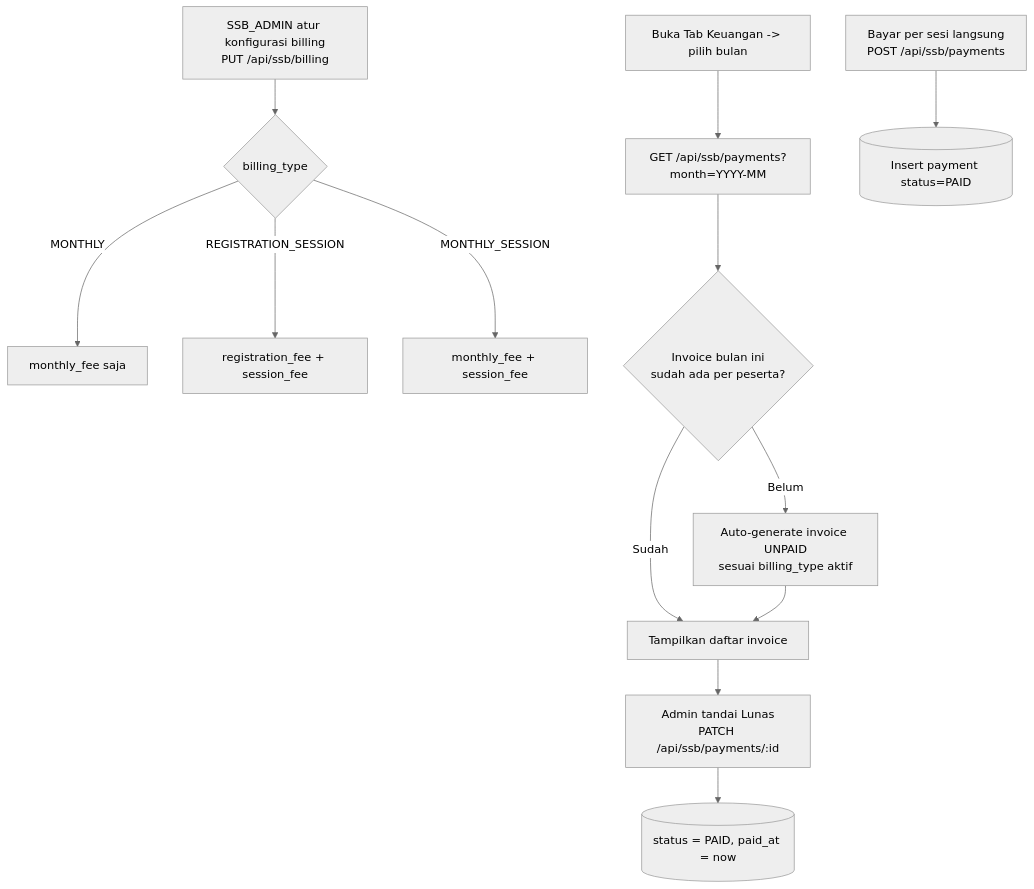
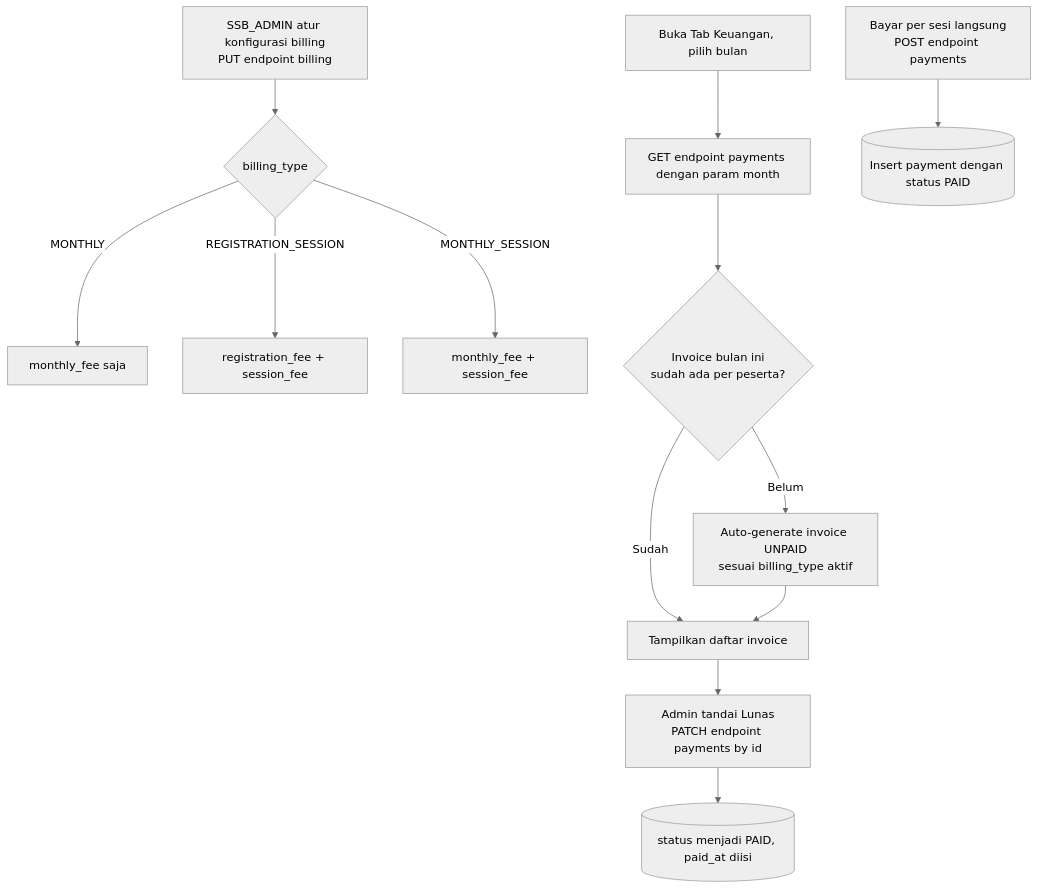
The fifth of 7 diagrams in README.md (EzraNahumury/web_ssb), drawn with Mermaid (neutral theme) before and after one commit. The commit also changed other lines of this file, not shown here.

First line of the commit message:
docs: fix mermaid diagram syntax for GitHub rendering

````diff
--- a/README.md
+++ b/README.md
@@ -161,17 +161,17 @@
 ```mermaid
 flowchart TD
-    CFG[SSB_ADMIN atur konfigurasi billing<br/>PUT /api/ssb/billing] --> TYPE{billing_type}
-    TYPE -->|MONTHLY| M[monthly_fee saja]
-    TYPE -->|REGISTRATION_SESSION| R[registration_fee + session_fee]
-    TYPE -->|MONTHLY_SESSION| MS[monthly_fee + session_fee]
+    CFG["SSB_ADMIN atur konfigurasi billing<br/>PUT endpoint billing"] --> TYPE{"billing_type"}
+    TYPE -->|MONTHLY| M["monthly_fee saja"]
+    TYPE -->|REGISTRATION_SESSION| R["registration_fee + session_fee"]
+    TYPE -->|MONTHLY_SESSION| MS["monthly_fee + session_fee"]
 
-    OPEN[Buka Tab Keuangan -> pilih bulan] --> GEN[GET /api/ssb/payments?month=YYYY-MM]
-    GEN --> AUTOGEN{Invoice bulan ini<br/>sudah ada per peserta?}
-    AUTOGEN -- Belum --> CREATE[Auto-generate invoice UNPAID<br/>sesuai billing_type aktif]
-    AUTOGEN -- Sudah --> LIST[Tampilkan daftar invoice]
+    OPEN["Buka Tab Keuangan, pilih bulan"] --> GEN["GET endpoint payments dengan param month"]
+    GEN --> AUTOGEN{"Invoice bulan ini<br/>sudah ada per peserta?"}
+    AUTOGEN -- Belum --> CREATE["Auto-generate invoice UNPAID<br/>sesuai billing_type aktif"]
+    AUTOGEN -- Sudah --> LIST["Tampilkan daftar invoice"]
     CREATE --> LIST
-    LIST --> PAY[Admin tandai Lunas<br/>PATCH /api/ssb/payments/:id]
-    PAY --> PAID[(status = PAID, paid_at = now)]
+    LIST --> PAY["Admin tandai Lunas<br/>PATCH endpoint payments by id"]
+    PAY --> PAID[("status menjadi PAID, paid_at diisi")]
 
-    SESSION[Bayar per sesi langsung<br/>POST /api/ssb/payments] --> PAIDDIRECT[(Insert payment status=PAID)]
+    SESSION["Bayar per sesi langsung<br/>POST endpoint payments"] --> PAIDDIRECT[("Insert payment dengan status PAID")]
 ```
````
